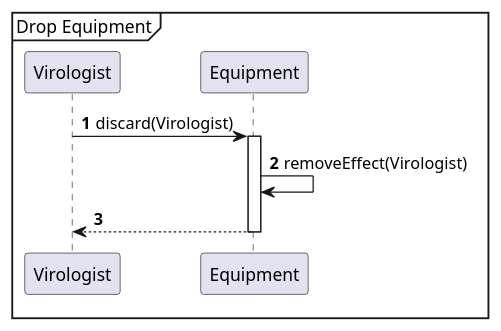
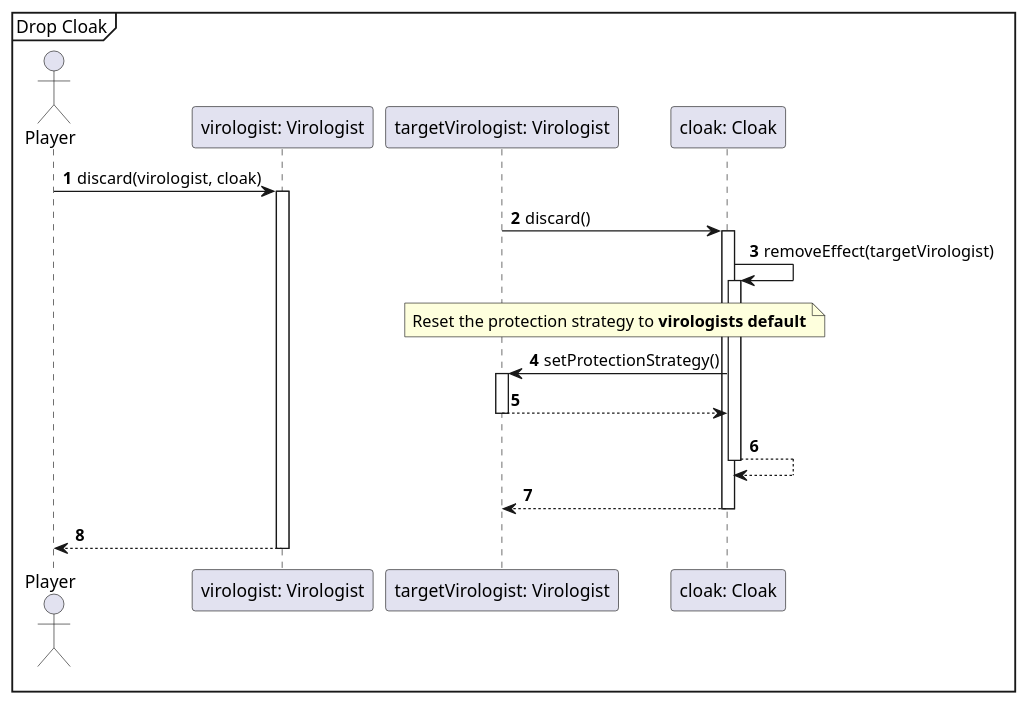
Before and after one commit to Projlab-csb/projlab-virologus: the diagram in Exact Sequence-diagrams/DiscardCloak.puml, drawn with PlantUML. The commit also changed 17 other files, not shown here.

Commit message:
Little changes in sequences

```diff
--- a/Exact Sequence-diagrams/DiscardCloak.puml
+++ b/Exact Sequence-diagrams/DiscardCloak.puml
@@ -1,12 +1,23 @@
 @startuml
 'https://plantuml.com/sequence-diagram
 
 autonumber
 
-Mainframe Drop Equipment
+Mainframe Drop Cloak
 
+actor Player
+Player->"virologist: Virologist"++:discard(virologist, cloak)
+"targetVirologist: Virologist"->"cloak: Cloak"++:discard()
+                   "cloak: Cloak" -> "cloak: Cloak"++ : removeEffect(targetVirologist)
+                    note over  "targetVirologist: Virologist", "cloak: Cloak"
+                    Reset the protection strategy to **virologists default**
+                     end note
 
-Virologist->Equipment++:discard(Virologist)
-Equipment->Equipment:removeEffect(Virologist)
-Equipment-->Virologist--
+                    "cloak: Cloak" ->  "targetVirologist: Virologist"++: setProtectionStrategy()
+                    "targetVirologist: Virologist" --> "cloak: Cloak"--
+
+                    "cloak: Cloak"-->  "cloak: Cloak"--
+
+                         "cloak: Cloak"--> "targetVirologist: Virologist"--
+"virologist: Virologist"-->Player--
 @enduml
```
